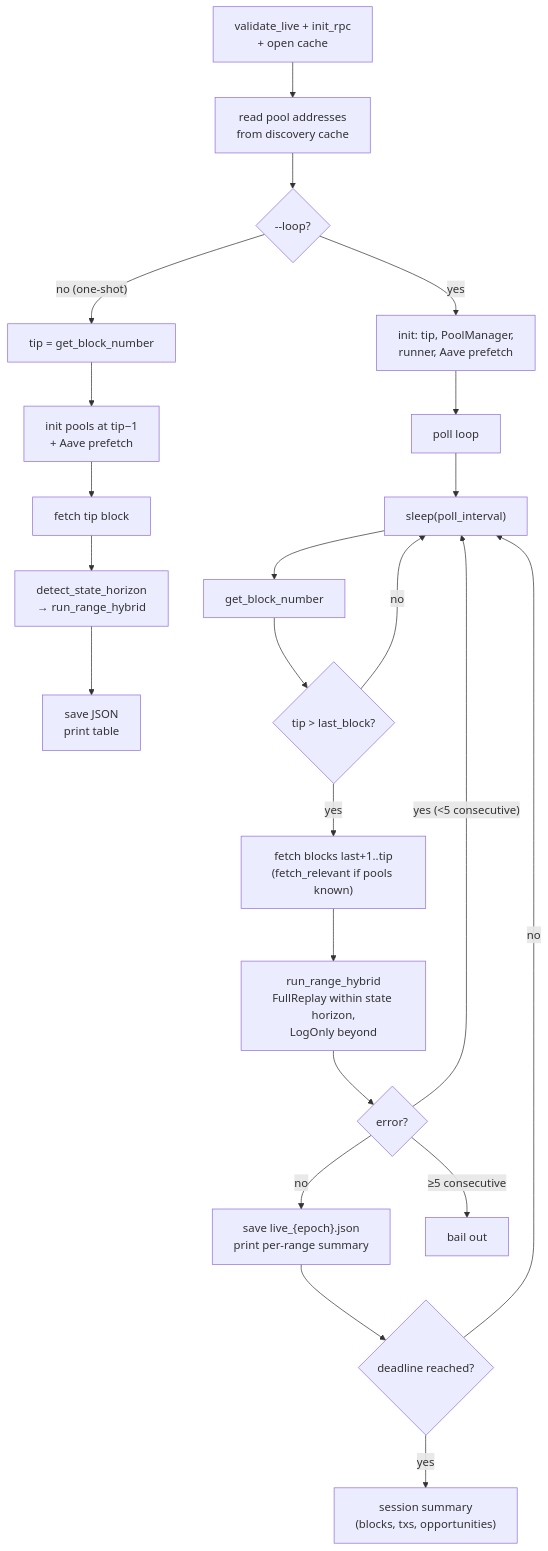
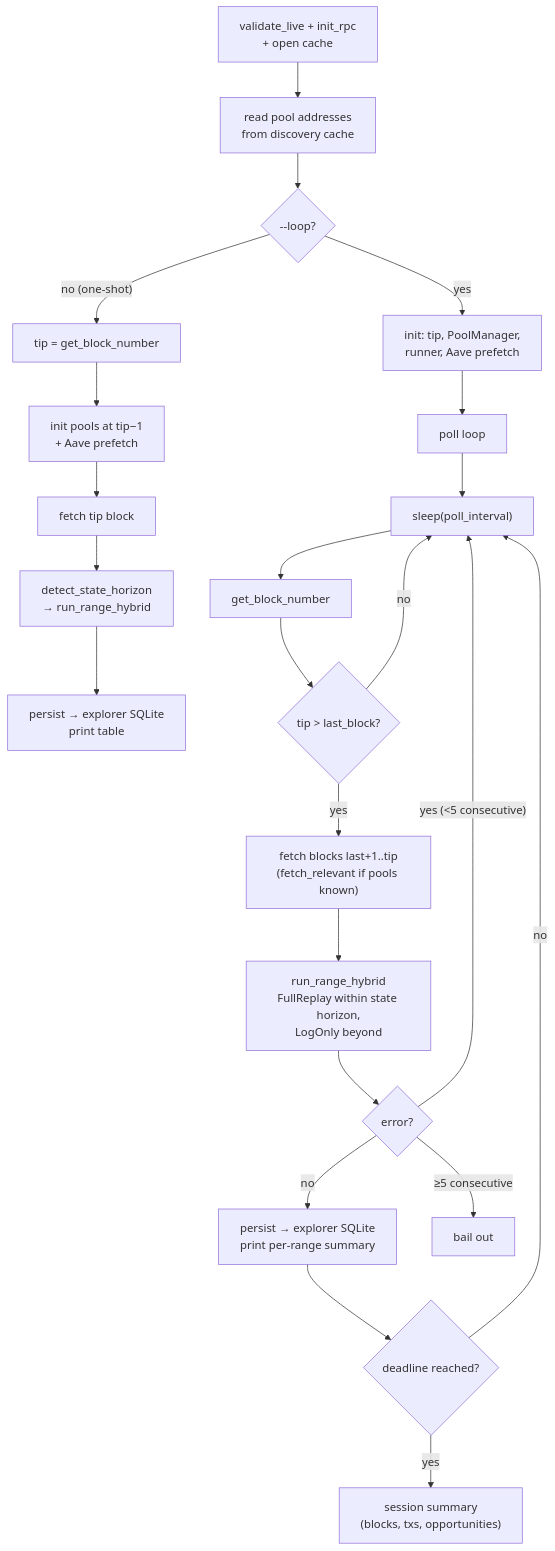
One commit to moha-moradi/mev-scout changed the fourth of 13 diagrams in docs/ARCHITECTURE.md. Above: the diagram before and after it, drawn with Mermaid. The commit also changed other lines of this file and 71 other files, not shown here.

````diff
--- a/docs/ARCHITECTURE.md
+++ b/docs/ARCHITECTURE.md
@@ -178,23 +229,23 @@
 ```mermaid
 flowchart TB
     A["validate_live + init_rpc<br/>+ open cache"] --> B["read pool addresses<br/>from discovery cache"]
     B --> C{"--loop?"}
     C -- "no (one-shot)" --> D["tip = get_block_number"]
     C -- "yes" --> E["init: tip, PoolManager,<br/>runner, Aave prefetch"]
     D --> F["init pools at tip−1<br/>+ Aave prefetch"]
-    F --> G["fetch tip block"] --> H["detect_state_horizon<br/>→ run_range_hybrid"] --> I["save JSON<br/>print table"]
+    F --> G["fetch tip block"] --> H["detect_state_horizon<br/>→ run_range_hybrid"] --> I["persist → explorer SQLite<br/>print table"]
     E --> J["poll loop"]
     J --> K["sleep(poll_interval)"]
     K --> L["get_block_number"]
     L --> M{"tip > last_block?"}
     M -- no --> K
     M -- yes --> N["fetch blocks last+1..tip<br/>(fetch_relevant if pools known)"]
     N --> O["run_range_hybrid<br/>FullReplay within state horizon,<br/>LogOnly beyond"]
     O --> P{"error?"}
     P -- "yes (<5 consecutive)" --> K
-    P -- no --> Q["save live_{epoch}.json<br/>print per-range summary"]
+    P -- no --> Q["persist → explorer SQLite<br/>print per-range summary"]
     Q --> R{"deadline reached?"}
     R -- no --> K
     R -- yes --> S["session summary<br/>(blocks, txs, opportunities)"]
     P -- "≥5 consecutive" --> T["bail out"]
 ```
````
